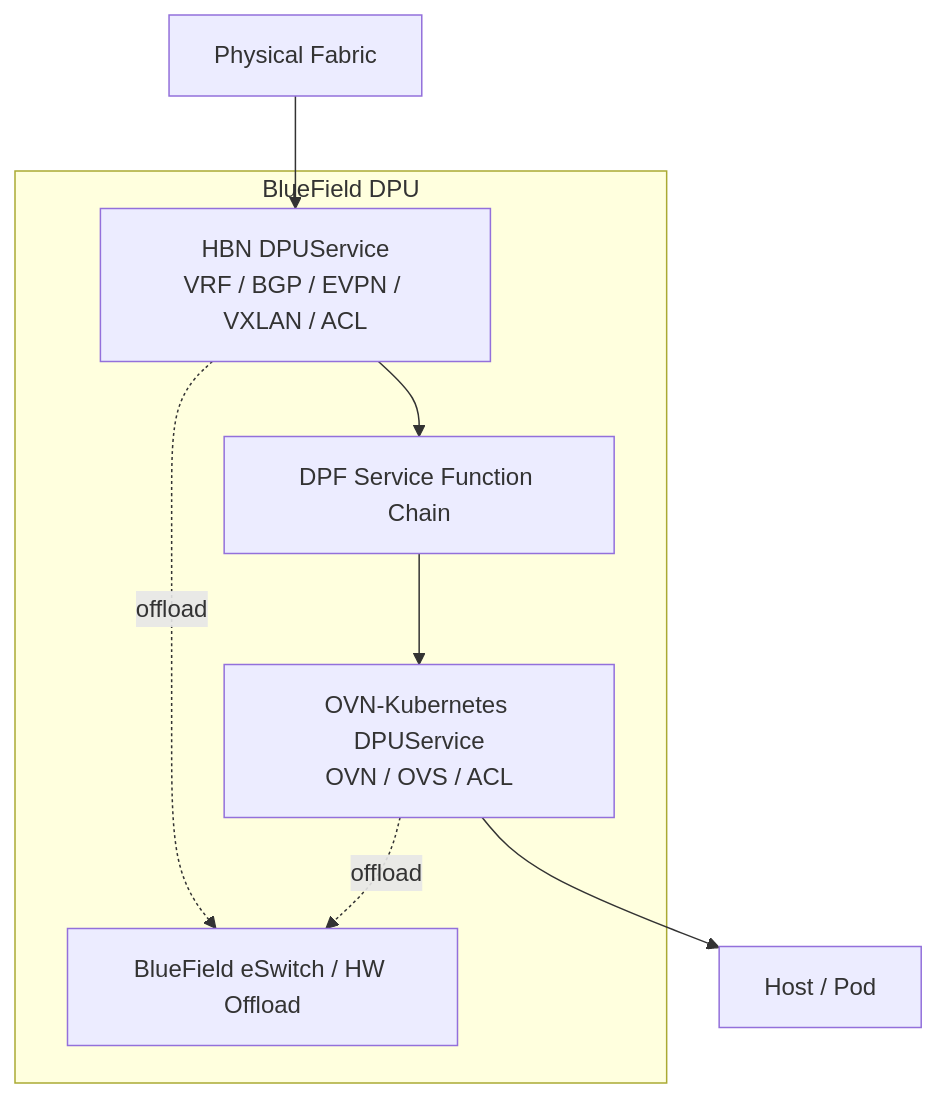
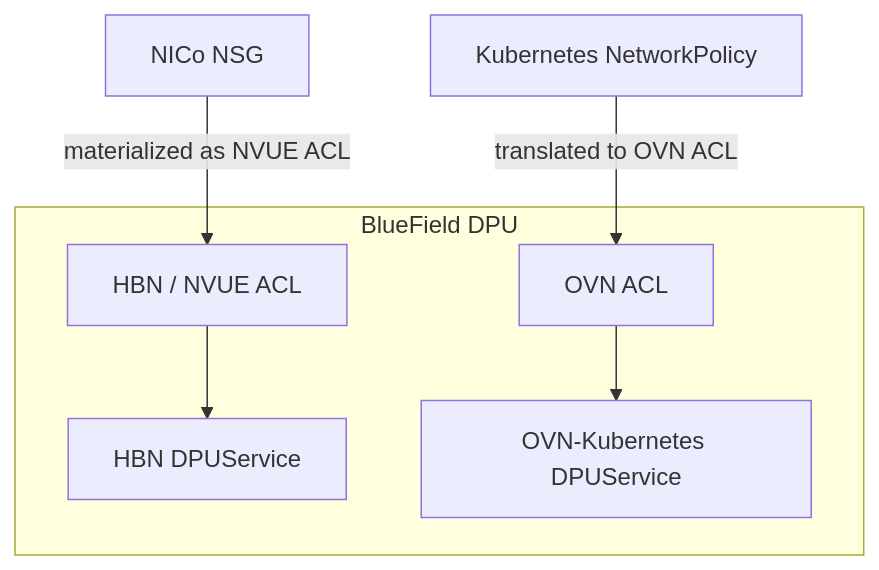
The first of 3 diagrams in _posts/2026-09-04-AIFactory_DPUHBN_TenantNetworkIsolation.md (hdimmfh/hdimmfh.github.io), drawn with Mermaid before and after one commit. The commit also changed other lines of this file, not shown here.

````diff
--- a/_posts/2026-09-04-AIFactory_DPUHBN_TenantNetworkIsolation.md
+++ b/_posts/2026-09-04-AIFactory_DPUHBN_TenantNetworkIsolation.md
@@ -43,21 +54,17 @@
 ```mermaid
 flowchart TB
 
-    FABRIC["Physical Fabric"]
+    subgraph DPU["BlueField DPU"]
+        HBN["HBN DPUService"]
+        OVN["OVN-Kubernetes DPUService"]
 
-    subgraph DPU["BlueField DPU"]
-        HBN["HBN DPUService<br/>VRF / BGP / EVPN / VXLAN / ACL"]
-        SFC["DPF Service Function Chain"]
-        OVN["OVN-Kubernetes DPUService<br/>OVN / OVS / ACL"]
-        HW["BlueField eSwitch / HW Offload"]
+        HACL["HBN / NVUE ACL"]
+        OACL["OVN ACL"]
 
-        HBN --> SFC --> OVN
-        HBN -. offload .-> HW
-        OVN -. offload .-> HW
+        HACL --> HBN
+        OACL --> OVN
     end
 
-    HOST["Host / Pod"]
-
-    FABRIC --> HBN
-    OVN --> HOST
+    NSG["NICo NSG"] -->|"materialized as NVUE ACL"| HACL
+    NP["Kubernetes NetworkPolicy"] -->|"translated to OVN ACL"| OACL
 ```
````
